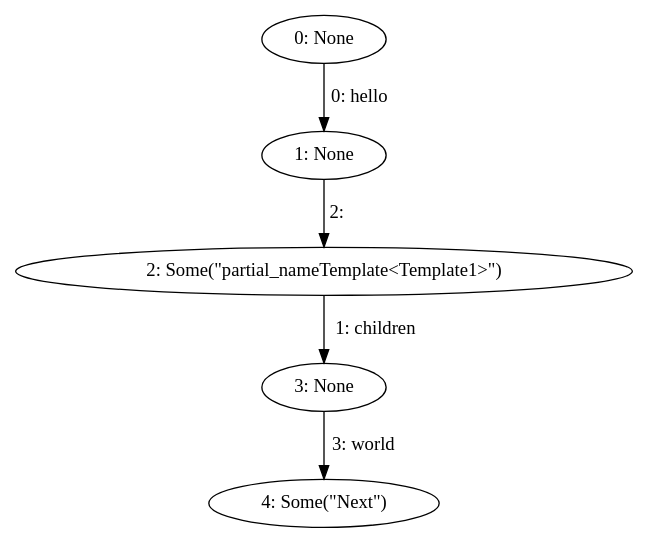
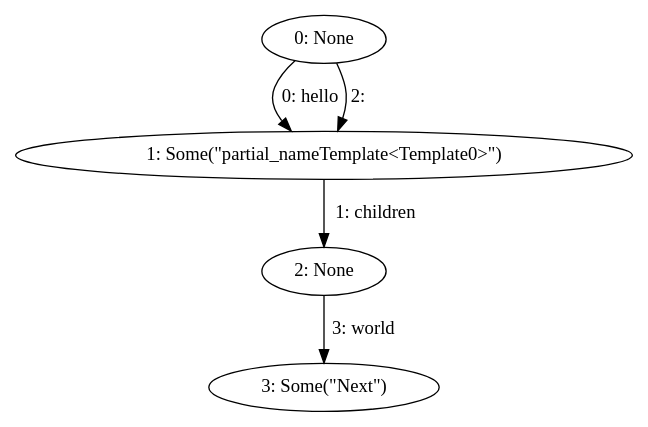
Before and after one commit to mohe2015/zero-cost-templating: the diagram in partial_block.dot, drawn with Graphviz. The commit also changed 1 other file, not shown here.

```diff
--- a/partial_block.dot
+++ b/partial_block.dot
@@ -1,11 +1,10 @@
 digraph {
     0 [ label = "0: None" ]
-    1 [ label = "1: None" ]
-    2 [ label = "2: Some(\"partial_nameTemplate<Template1>\")" ]
-    3 [ label = "3: None" ]
-    4 [ label = "4: Some(\"Next\")" ]
+    1 [ label = "1: Some(\"partial_nameTemplate<Template0>\")" ]
+    2 [ label = "2: None" ]
+    3 [ label = "3: Some(\"Next\")" ]
     0 -> 1 [ label = "0: hello" ]
-    2 -> 3 [ label = "1: children" ]
-    1 -> 2 [ label = "2: " ]
-    3 -> 4 [ label = "3: world" ]
+    1 -> 2 [ label = "1: children" ]
+    0 -> 1 [ label = "2: " ]
+    2 -> 3 [ label = "3: world" ]
 }
```
